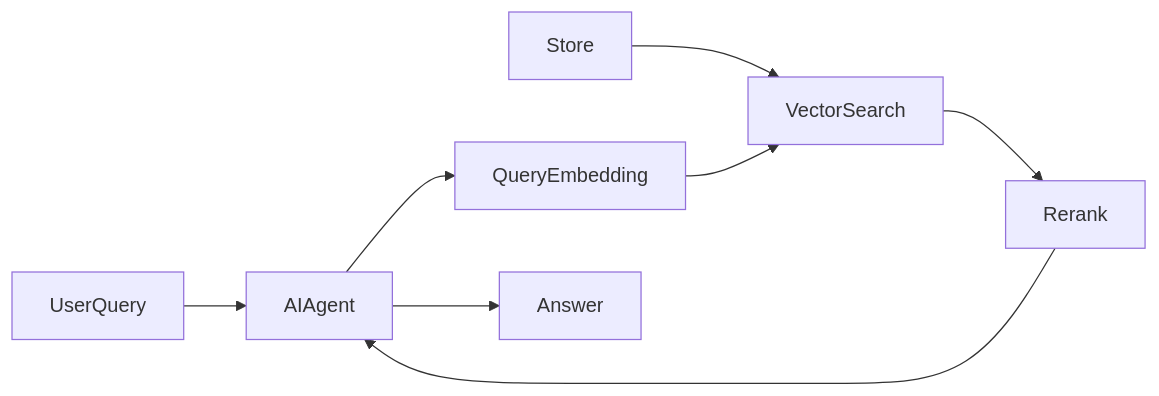
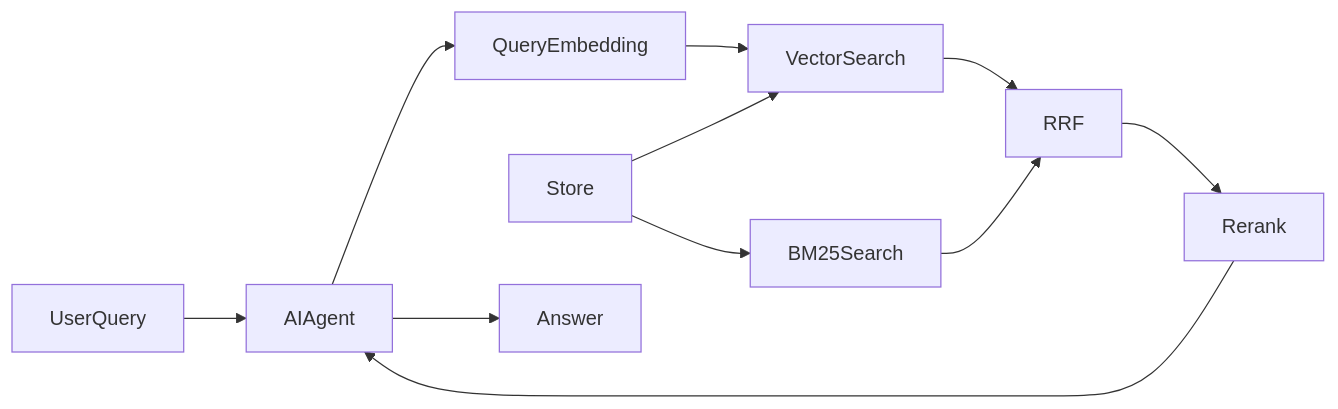
Before and after one commit to sanath95/Document-Knowledge-Base-with-Source-Grounding: the second of 2 diagrams in README.md, drawn with Mermaid. The commit also changed other lines of this file and 12 other files, not shown here.

````diff
--- a/README.md
+++ b/README.md
@@ -30,10 +32,13 @@
 ```mermaid
 flowchart LR
     UserQuery --> AIAgent
     AIAgent --> QueryEmbedding
     Store --> VectorSearch
+    Store --> BM25Search
     QueryEmbedding --> VectorSearch
-    VectorSearch --> Rerank
+    VectorSearch --> RRF
+    BM25Search --> RRF
+    RRF --> Rerank
     Rerank --> AIAgent
     AIAgent --> Answer
 ```
````
